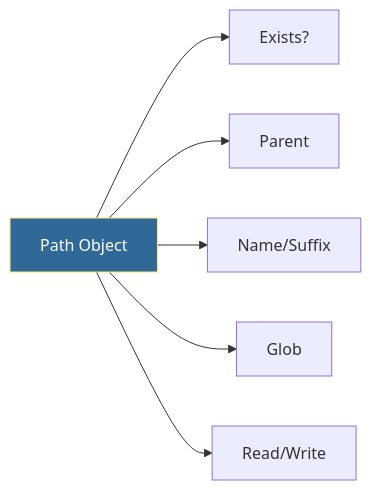
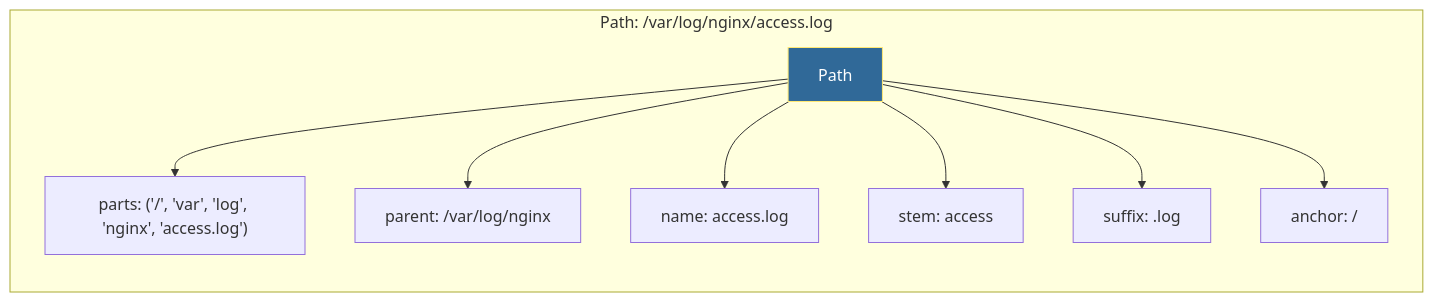
The second of 2 diagrams in 1-Beginner/02-Phase-2/01-Automation/02-Python-Basics/11-Pathlib-Basics/README.md (Ganil151/Devops), drawn with Mermaid before and after one commit. The commit also changed other lines of this file and 74 other files, not shown here.

````diff
--- a/1-Beginner/02-Phase-2/01-Automation/02-Python-Basics/11-Pathlib-Basics/README.md
+++ b/1-Beginner/02-Phase-2/01-Automation/02-Python-Basics/11-Pathlib-Basics/README.md
@@ -18,10 +54,13 @@
 ```mermaid
 flowchart LR
-    A[Path Object] --> B[Exists?]
-    A --> C[Parent]
-    A --> D[Name/Suffix]
-    A --> E[Glob]
-    A --> F[Read/Write]
+    subgraph "Path: /var/log/nginx/access.log"
+        A["Path"] --> B["parts: ('/', 'var', 'log', 'nginx', 'access.log')"]
+        A --> C["parent: /var/log/nginx"]
+        A --> D["name: access.log"]
+        A --> E["stem: access"]
+        A --> F["suffix: .log"]
+        A --> G["anchor: /"]
+    end
     
     style A fill:#306998,stroke:#ffe873,color:#fff
 ```
````
